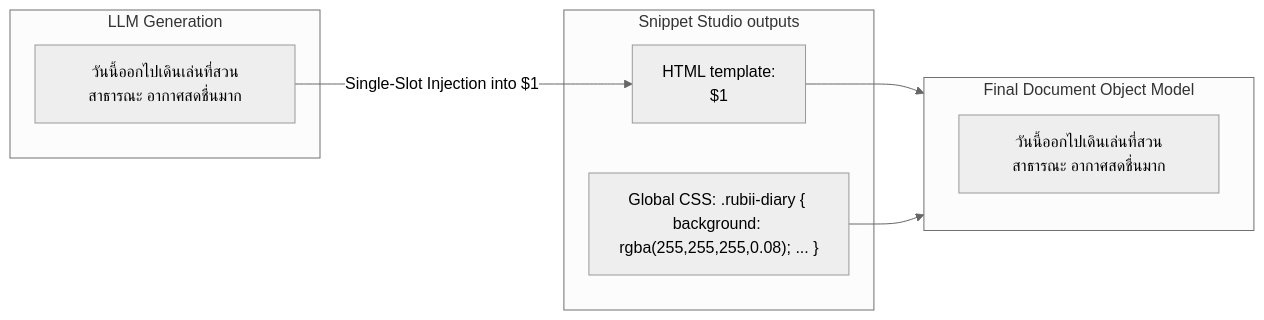
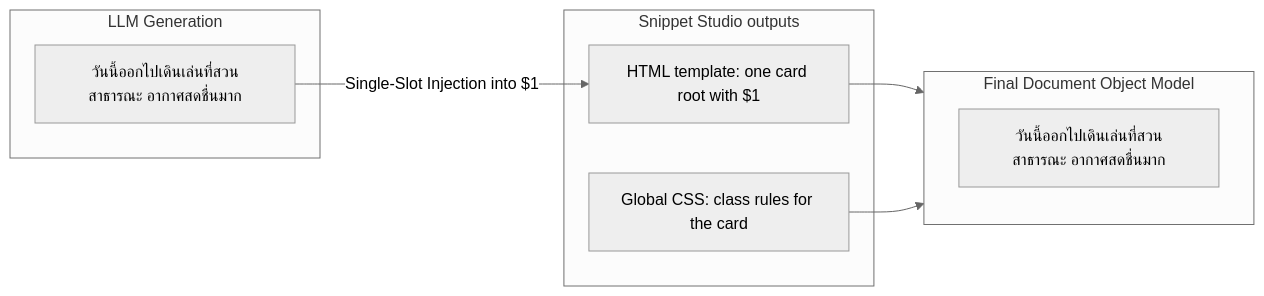
The second of 6 diagrams in RUBII_CORE_ARCHITECTURE_AND_CSS_ENGINEERING.md (jadesolju/Snippet-Studio), drawn with Mermaid (neutral theme) before and after one commit. The commit also changed other lines of this file and 4 other files, not shown here.

````diff
--- a/RUBII_CORE_ARCHITECTURE_AND_CSS_ENGINEERING.md
+++ b/RUBII_CORE_ARCHITECTURE_AND_CSS_ENGINEERING.md
@@ -80,19 +80,19 @@
 ```mermaid
 flowchart LR
     subgraph AIResponse["LLM Generation"]
         R["<diary-card>วันนี้ออกไปเดินเล่นที่สวนสาธารณะ อากาศสดชื่นมาก</diary-card>"]
     end
 
     subgraph StyleTagTemplate["Snippet Studio outputs"]
-        T["HTML template: <div class='rubii-diary'>$1</div>"]
-        CSS["Global CSS: .rubii-diary { background: rgba(255,255,255,0.08); ... }"]
+        T["HTML template: one card root with $1"]
+        CSS["Global CSS: class rules for the card"]
     end
 
     subgraph RenderedDOM["Final Document Object Model"]
         D["<div class='rubii-diary'>วันนี้ออกไปเดินเล่นที่สวนสาธารณะ อากาศสดชื่นมาก</div>"]
     end
 
     R -->|"Single-Slot Injection into $1"| T
     T --> RenderedDOM
     CSS --> RenderedDOM
 ```
````
